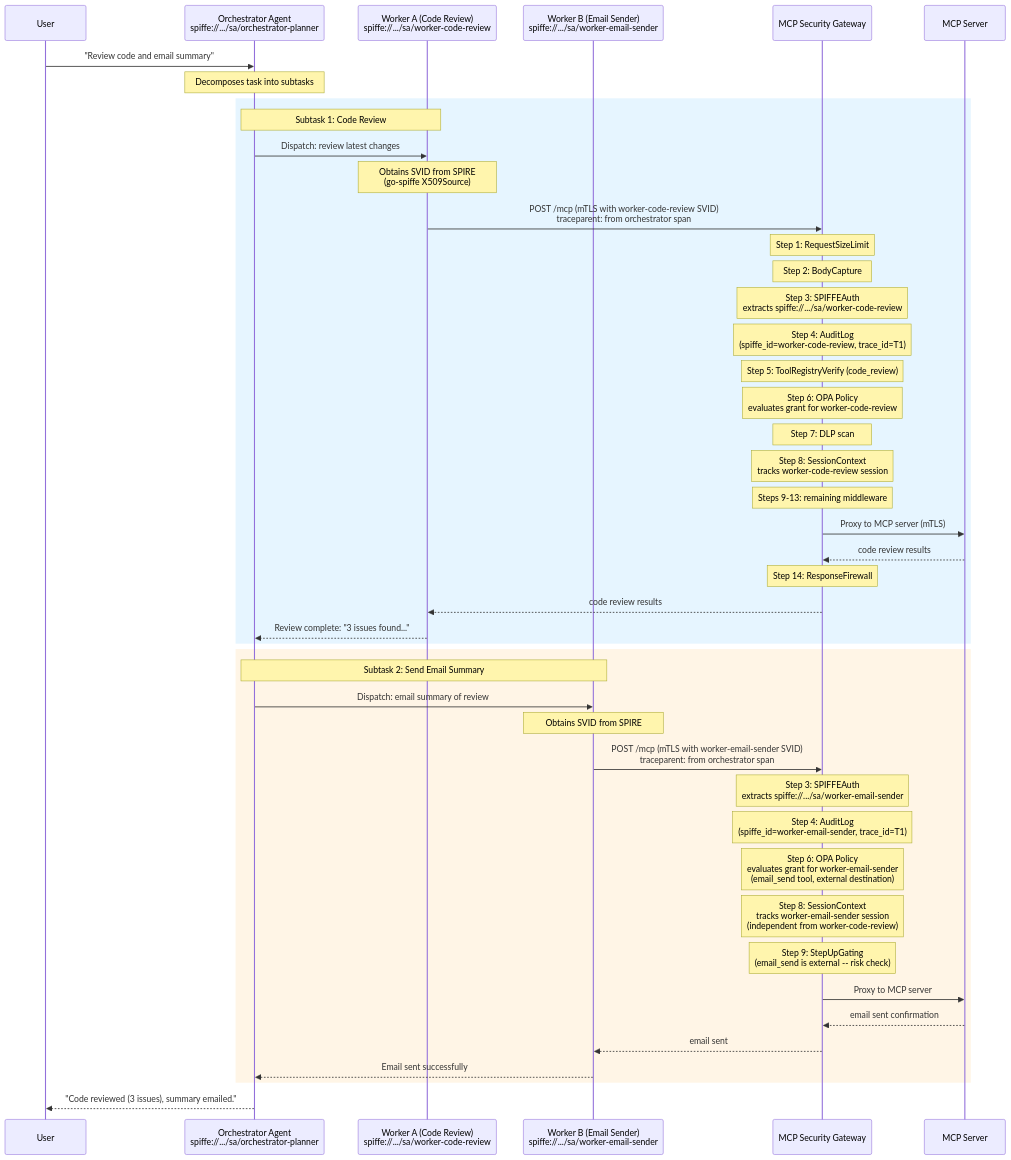
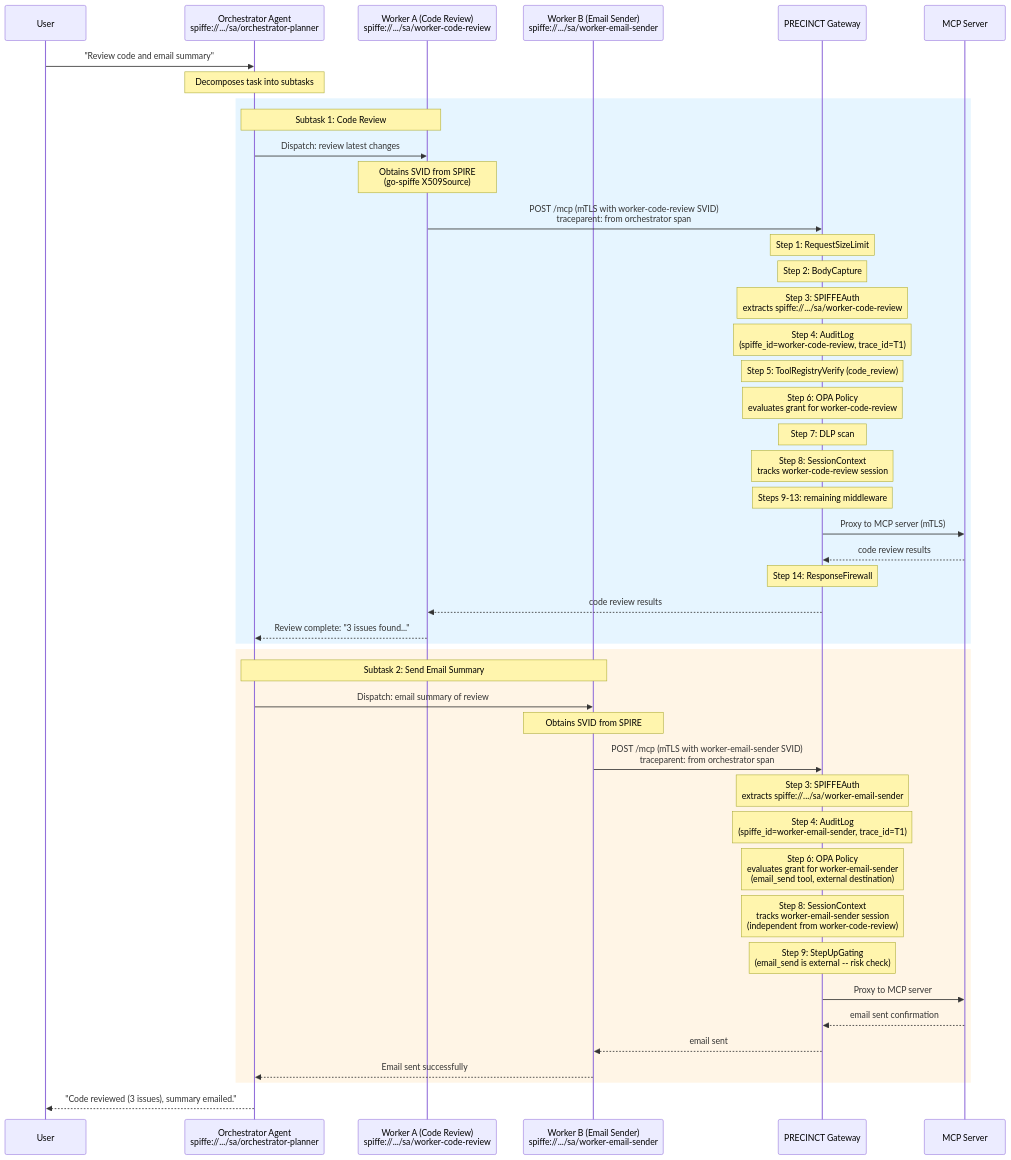
The diagram in POC/docs/patterns/multi-agent-orchestration.md (precinct-dev/PRECINCT), drawn with Mermaid before and after one commit. The commit also changed other lines of this file and 91 other files, not shown here.

First line of the commit message:
feat: rename architecture to PRECINCT across entire codebase

````diff
--- a/POC/docs/patterns/multi-agent-orchestration.md
+++ b/POC/docs/patterns/multi-agent-orchestration.md
@@ -295,55 +295,55 @@
 ```mermaid
 sequenceDiagram
     participant User
     participant Orch as Orchestrator Agent<br/>spiffe://.../sa/orchestrator-planner
     participant WorkerA as Worker A (Code Review)<br/>spiffe://.../sa/worker-code-review
     participant WorkerB as Worker B (Email Sender)<br/>spiffe://.../sa/worker-email-sender
-    participant GW as MCP Security Gateway
+    participant GW as PRECINCT Gateway
     participant MCP as MCP Server
 
     User->>Orch: "Review code and email summary"
     Note over Orch: Decomposes task into subtasks
 
     rect rgb(230, 245, 255)
         Note over Orch,WorkerA: Subtask 1: Code Review
         Orch->>WorkerA: Dispatch: review latest changes
         Note over WorkerA: Obtains SVID from SPIRE<br/>(go-spiffe X509Source)
 
         WorkerA->>GW: POST /mcp (mTLS with worker-code-review SVID)<br/>traceparent: from orchestrator span
         Note over GW: Step 1: RequestSizeLimit
         Note over GW: Step 2: BodyCapture
         Note over GW: Step 3: SPIFFEAuth<br/>extracts spiffe://.../sa/worker-code-review
         Note over GW: Step 4: AuditLog<br/>(spiffe_id=worker-code-review, trace_id=T1)
         Note over GW: Step 5: ToolRegistryVerify (code_review)
         Note over GW: Step 6: OPA Policy<br/>evaluates grant for worker-code-review
         Note over GW: Step 7: DLP scan
         Note over GW: Step 8: SessionContext<br/>tracks worker-code-review session
         Note over GW: Steps 9-13: remaining middleware
         GW->>MCP: Proxy to MCP server (mTLS)
         MCP-->>GW: code review results
         Note over GW: Step 14: ResponseFirewall
         GW-->>WorkerA: code review results
 
         WorkerA-->>Orch: Review complete: "3 issues found..."
     end
 
     rect rgb(255, 245, 230)
         Note over Orch,WorkerB: Subtask 2: Send Email Summary
         Orch->>WorkerB: Dispatch: email summary of review
         Note over WorkerB: Obtains SVID from SPIRE
 
         WorkerB->>GW: POST /mcp (mTLS with worker-email-sender SVID)<br/>traceparent: from orchestrator span
         Note over GW: Step 3: SPIFFEAuth<br/>extracts spiffe://.../sa/worker-email-sender
         Note over GW: Step 4: AuditLog<br/>(spiffe_id=worker-email-sender, trace_id=T1)
         Note over GW: Step 6: OPA Policy<br/>evaluates grant for worker-email-sender<br/>(email_send tool, external destination)
         Note over GW: Step 8: SessionContext<br/>tracks worker-email-sender session<br/>(independent from worker-code-review)
         Note over GW: Step 9: StepUpGating<br/>(email_send is external -- risk check)
         GW->>MCP: Proxy to MCP server
         MCP-->>GW: email sent confirmation
         GW-->>WorkerB: email sent
 
         WorkerB-->>Orch: Email sent successfully
     end
 
     Orch-->>User: "Code reviewed (3 issues), summary emailed."
 ```
````
